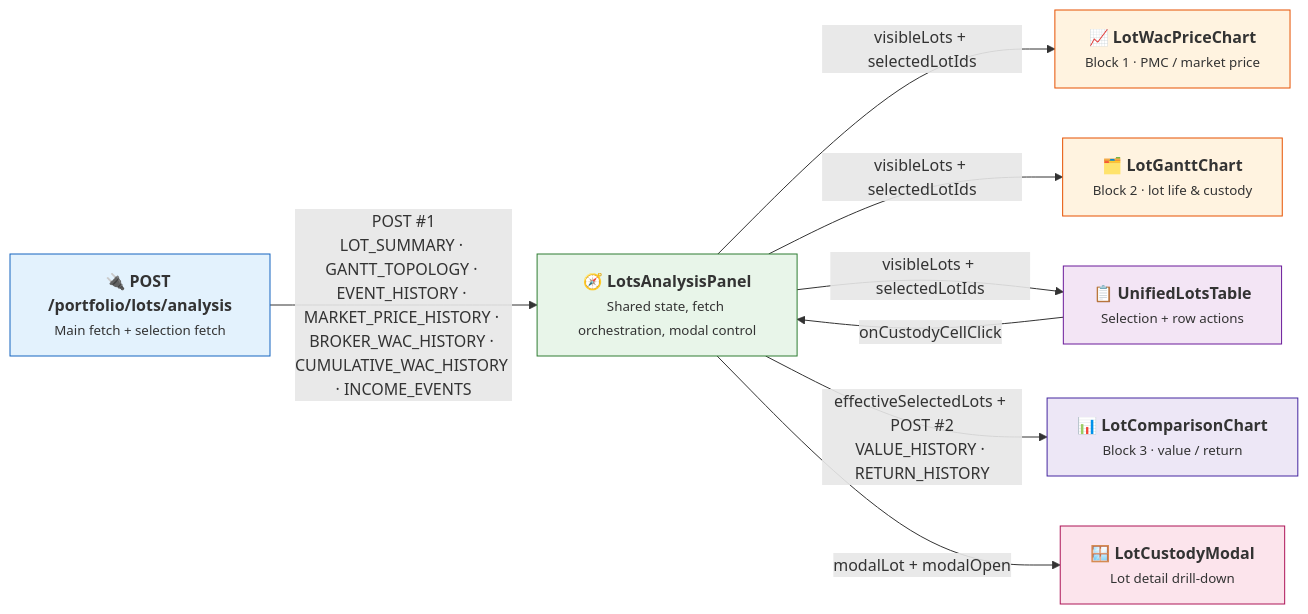
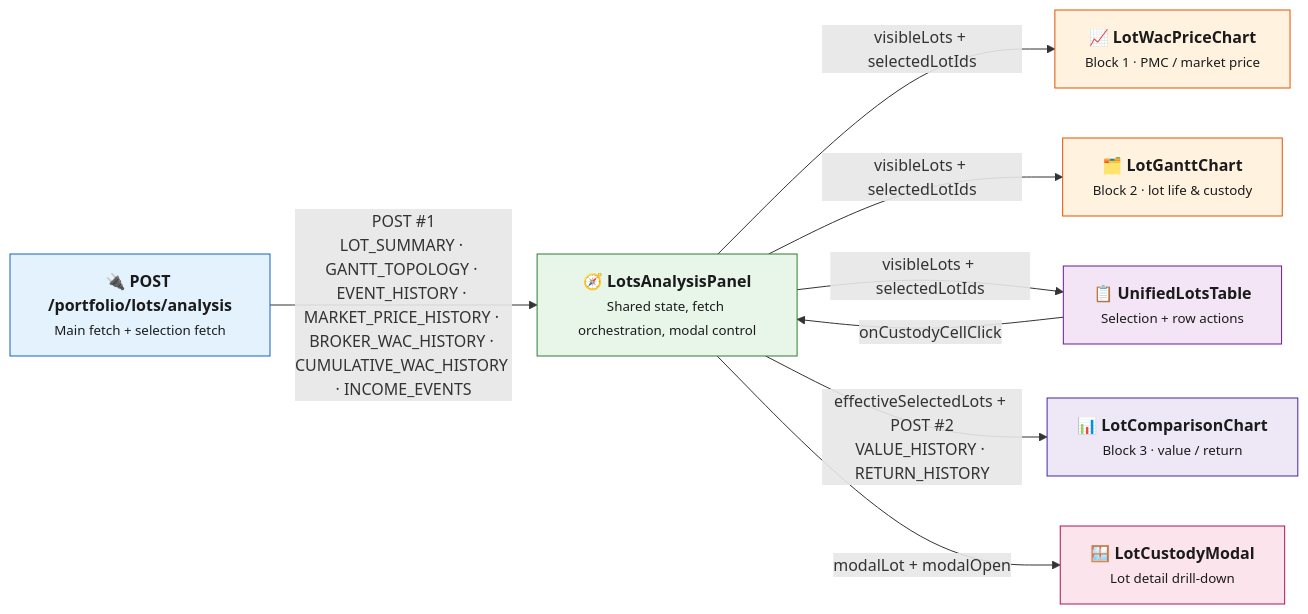
Before and after one commit to Librefolio/LibreFolio: the diagram in mkdocs_src/docs/developer/frontend/components/features/lots-analysis.md, drawn with Mermaid. The commit also changed 3 other files, not shown here.

Commit message:
fix(docs): diagram text colour in the brokers and lots pages

````diff
--- a/mkdocs_src/docs/developer/frontend/components/features/lots-analysis.md
+++ b/mkdocs_src/docs/developer/frontend/components/features/lots-analysis.md
@@ -9,26 +9,26 @@
 ```mermaid
 graph LR
     API["🔌 <b>POST /portfolio/lots/analysis</b><br/><small>Main fetch + selection fetch</small>"]
     Panel["🧭 <b>LotsAnalysisPanel</b><br/><small>Shared state, fetch orchestration, modal control</small>"]
     WAC["📈 <b>LotWacPriceChart</b><br/><small>Block 1 · PMC / market price</small>"]
     Gantt["🗂️ <b>LotGanttChart</b><br/><small>Block 2 · lot life & custody</small>"]
     Table["📋 <b>UnifiedLotsTable</b><br/><small>Selection + row actions</small>"]
     Compare["📊 <b>LotComparisonChart</b><br/><small>Block 3 · value / return</small>"]
     Modal["🪟 <b>LotCustodyModal</b><br/><small>Lot detail drill-down</small>"]
 
     API -->|POST #1<br/>LOT_SUMMARY · GANTT_TOPOLOGY · EVENT_HISTORY · MARKET_PRICE_HISTORY · BROKER_WAC_HISTORY · CUMULATIVE_WAC_HISTORY · INCOME_EVENTS| Panel
     Panel -->|visibleLots + selectedLotIds| WAC
     Panel -->|visibleLots + selectedLotIds| Gantt
     Panel -->|visibleLots + selectedLotIds| Table
     Panel -->|effectiveSelectedLots + POST #2<br/>VALUE_HISTORY · RETURN_HISTORY| Compare
     Table -->|onCustodyCellClick| Panel
     Panel -->|modalLot + modalOpen| Modal
 
-    style API fill:#e3f2fd,stroke:#1565c0
-    style Panel fill:#e8f5e9,stroke:#2e7d32
-    style WAC fill:#fff3e0,stroke:#e65100
-    style Gantt fill:#fff3e0,stroke:#e65100
-    style Table fill:#f3e5f5,stroke:#6a1b9a
-    style Compare fill:#ede7f6,stroke:#4527a0
-    style Modal fill:#fce4ec,stroke:#ad1457
+    style API fill:#e3f2fd,color:#1b1b1b,stroke:#1565c0
+    style Panel fill:#e8f5e9,color:#1b1b1b,stroke:#2e7d32
+    style WAC fill:#fff3e0,color:#1b1b1b,stroke:#e65100
+    style Gantt fill:#fff3e0,color:#1b1b1b,stroke:#e65100
+    style Table fill:#f3e5f5,color:#1b1b1b,stroke:#6a1b9a
+    style Compare fill:#ede7f6,color:#1b1b1b,stroke:#4527a0
+    style Modal fill:#fce4ec,color:#1b1b1b,stroke:#ad1457
 ```
````
